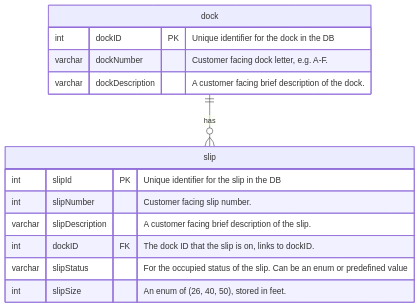
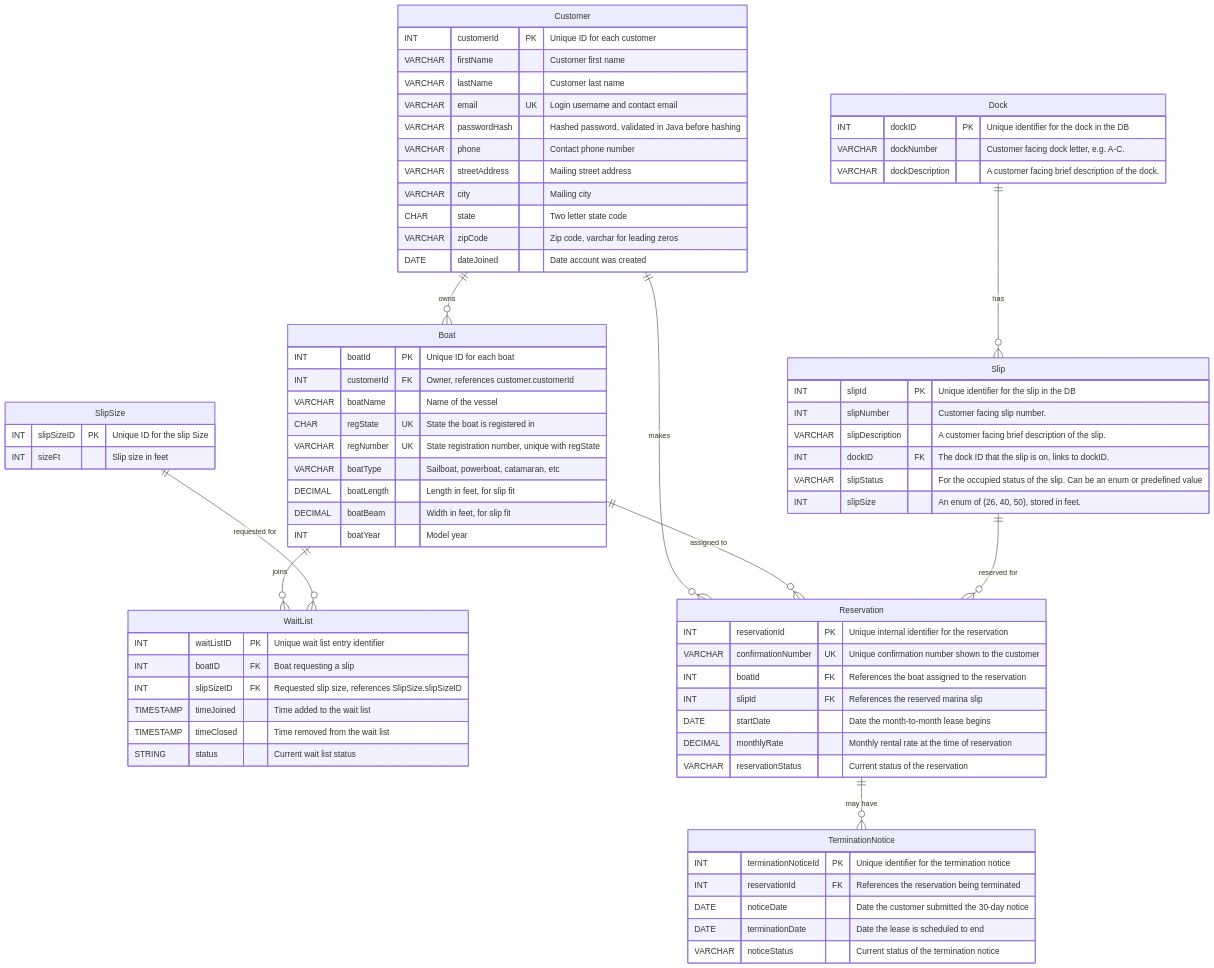
One commit to BobbyJoeCool/csd460-blueteam changed the diagram in ERD.md. Above: the diagram before and after it, drawn with Mermaid. The commit also changed other lines of this file and 21 other files, not shown here.

Commit message:
Push Finalized ERD

````diff
--- a/ERD.md
+++ b/ERD.md
@@ -23,24 +16,103 @@
 ```mermaid
-%% Robert Breutzmann - Slip and Dock Tables First Draft
+%% Combined ERD - every team member's tables in one diagram.
+%% Per-section sources are listed below. Table names are PascalCase and
+%% type keywords are UPPERCASE throughout; column/PK/FK naming still
+%% varies by author (see the casing note in Design Decisions) since
+%% that's a schema decision, not just a diagram formatting one.
 
 erDiagram
-    slip {
-        int slipId PK "Unique identifier for the slip in the DB"
-        int slipNumber "Customer facing slip number."
-        varchar slipDescription "A customer facing brief description of the slip."
-        int dockID FK "The dock ID that the slip is on, links to dockID."
-        varchar slipStatus "For the occupied status of the slip.  Can be an enum or predefined value"
-        int slipSize "An enum of (26, 40, 50), stored in feet."
+    %% --- Breutzmann, R. - Dock & Slip ---
+    Slip {
+        INT slipId PK "Unique identifier for the slip in the DB"
+        INT slipNumber "Customer facing slip number."
+        VARCHAR slipDescription "A customer facing brief description of the slip."
+        INT dockID FK "The dock ID that the slip is on, links to dockID."
+        VARCHAR slipStatus "For the occupied status of the slip.  Can be an enum or predefined value"
+        INT slipSize "An enum of (26, 40, 50), stored in feet."
     }
 
-    dock {
-        int dockID PK "Unique identifier for the dock in the DB"
-        varchar dockNumber "Customer facing dock letter, e.g. A-F."
-        varchar dockDescription "A customer facing brief description of the dock."
+    Dock {
+        INT dockID PK "Unique identifier for the dock in the DB"
+        VARCHAR dockNumber "Customer facing dock letter, e.g. A-C."
+        VARCHAR dockDescription "A customer facing brief description of the dock."
     }
 
-    dock ||--o{ slip : "has"
+    %% --- Fernandez, M. - Customer & Boat ---
+    Customer {
+        INT customerId PK "Unique ID for each customer"
+        VARCHAR firstName "Customer first name"
+        VARCHAR lastName "Customer last name"
+        VARCHAR email UK "Login username and contact email"
+        VARCHAR passwordHash "Hashed password, validated in Java before hashing"
+        VARCHAR phone "Contact phone number"
+        VARCHAR streetAddress "Mailing street address"
+        VARCHAR city "Mailing city"
+        CHAR state "Two letter state code"
+        VARCHAR zipCode "Zip code, varchar for leading zeros"
+        DATE dateJoined "Date account was created"
+    }
+
+    Boat {
+        INT boatId PK "Unique ID for each boat"
+        INT customerId FK "Owner, references customer.customerId"
+        VARCHAR boatName "Name of the vessel"
+        CHAR regState UK "State the boat is registered in"
+        VARCHAR regNumber UK "State registration number, unique with regState"
+        VARCHAR boatType "Sailboat, powerboat, catamaran, etc"
+        DECIMAL boatLength "Length in feet, for slip fit"
+        DECIMAL boatBeam "Width in feet, for slip fit"
+        INT boatYear "Model year"
+    }
+
+    %% --- White, S. - Slip Size & Wait List ---
+    SlipSize {
+        INT slipSizeID PK "Unique ID for the slip Size"
+        INT sizeFt  "Slip size in feet"
+    }
+
+    WaitList {
+        INT waitListID PK "Unique wait list entry identifier"
+        INT boatID FK "Boat requesting a slip"
+        INT slipSizeID FK "Requested slip size, references SlipSize.slipSizeID"
+        TIMESTAMP timeJoined "Time added to the wait list"
+        TIMESTAMP timeClosed "Time removed from the wait list"
+        STRING status "Current wait list status"
+    }
+
+    %% --- Rodriguez, C. - Reservation & Termination Notice ---
+    Reservation {
+        INT reservationId PK "Unique internal identifier for the reservation"
+        VARCHAR confirmationNumber UK "Unique confirmation number shown to the customer"
+        INT boatId FK "References the boat assigned to the reservation"
+        INT slipId FK "References the reserved marina slip"
+        DATE startDate "Date the month-to-month lease begins"
+        DECIMAL monthlyRate "Monthly rental rate at the time of reservation"
+        VARCHAR reservationStatus "Current status of the reservation"
+    }
+
+    TerminationNotice {
+        INT terminationNoticeId PK "Unique identifier for the termination notice"
+        INT reservationId FK "References the reservation being terminated"
+        DATE noticeDate "Date the customer submitted the 30-day notice"
+        DATE terminationDate "Date the lease is scheduled to end"
+        VARCHAR noticeStatus "Current status of the termination notice"
+    }
+
+    %% --- Relationships ---
+    Dock ||--o{ Slip : "has"
+    Customer ||--o{ Boat : "owns"
+    Customer ||--o{ Reservation : "makes"
+    Boat ||--o{ Reservation : "assigned to"
+    Boat ||--o{ WaitList : "joins"
+    Slip ||--o{ Reservation : "reserved for"
+    SlipSize ||--o{ WaitList : "requested for"
+    Reservation ||--o{ TerminationNotice : "may have"
 
 %% A specific slip's location to a customer will be dockNumber-slipNumber.
 %% The Descriptions are a short description for the customer about where to find the dock or slip.
+%% Mermaid has no composite key syntax: regState/regNumber each show a UK
+%% marker below, but together they form ONE composite unique constraint.
+%% Reservation has no direct customerId column. The "Customer makes Reservation"
+%% relationship above is logical, not a stored FK - a customer's email is reached
+%% by joining Reservation.boatId -> Boat.customerId -> Customer.email.
 ```
````
